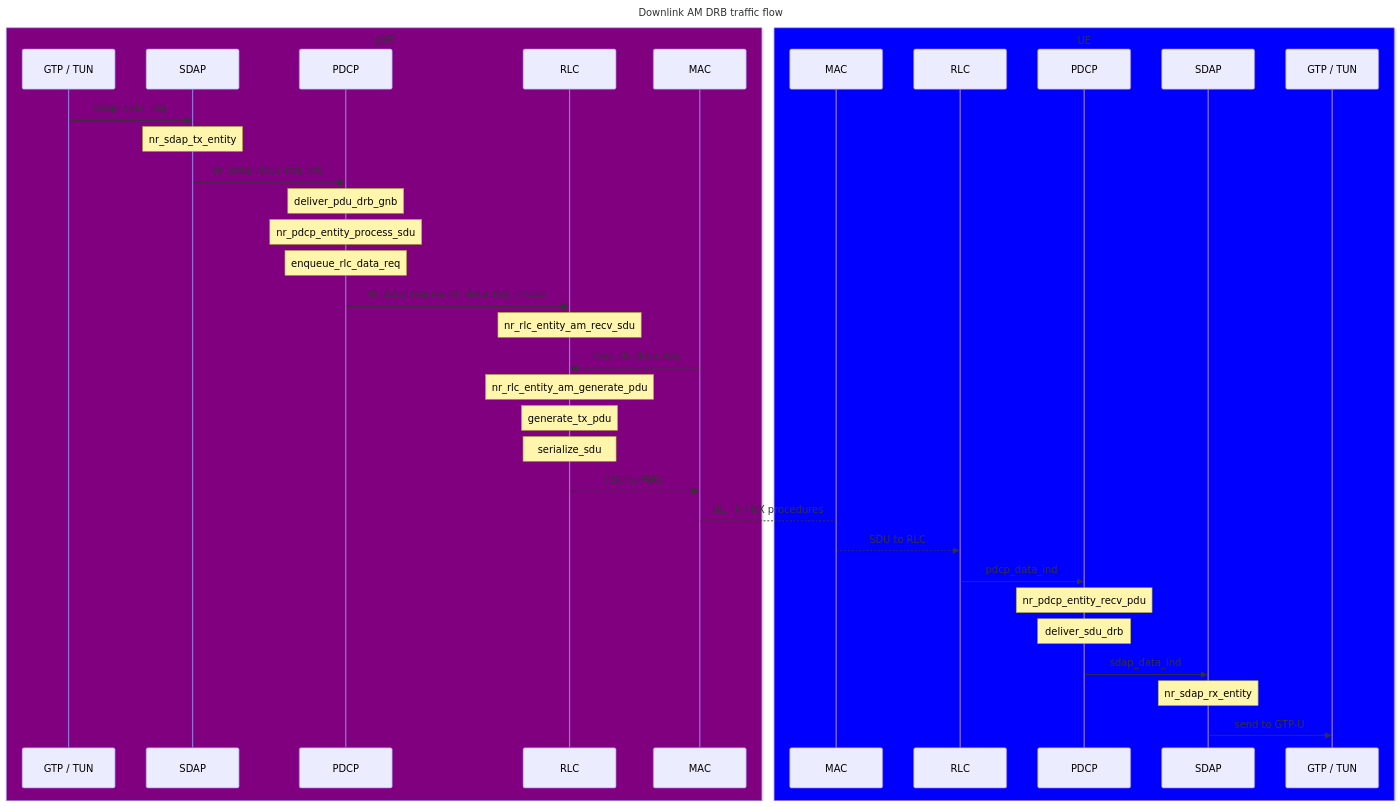
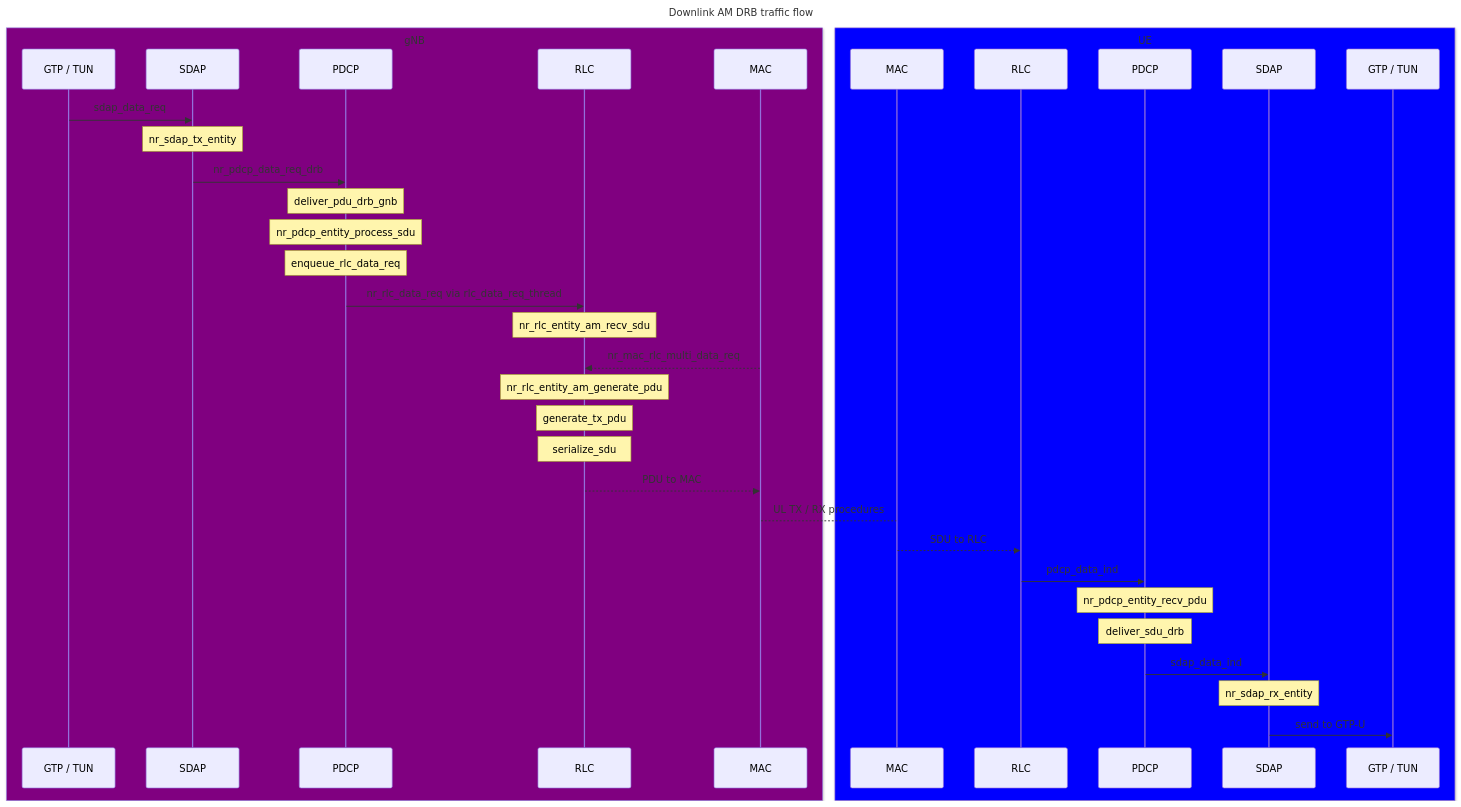
The first of 2 diagrams in doc/SW_archi.md (duranta-project/openairinterface5g), drawn with Mermaid before and after one commit. The commit also changed other lines of this file and 1 other file, not shown here.

````diff
--- a/doc/SW_archi.md
+++ b/doc/SW_archi.md
@@ -333,39 +189,39 @@
 ```mermaid
  sequenceDiagram
     title Downlink AM DRB traffic flow
     box Purple gNB
     participant GG as GTP / TUN
     participant SG as SDAP
     participant PG as PDCP
     participant RG as RLC
     participant MG as MAC
     end
     GG->>SG: sdap_data_req
     note over SG: nr_sdap_tx_entity
     SG->>PG: nr_pdcp_data_req_drb
     note over PG: deliver_pdu_drb_gnb
     note over PG: nr_pdcp_entity_process_sdu
     note over PG: enqueue_rlc_data_req
-    PG->>RG: rlc_data_req via rlc_data_req_thread
+    PG->>RG: nr_rlc_data_req via rlc_data_req_thread
     note over RG: nr_rlc_entity_am_recv_sdu
-    MG-->>RG: mac_rlc_data_req
+    MG-->>RG: nr_mac_rlc_multi_data_req
     note over RG: nr_rlc_entity_am_generate_pdu
     note over RG: generate_tx_pdu
     note over RG: serialize_sdu
     RG-->>MG: PDU to MAC
     MG-->MUE: UL TX / RX procedures
     box Blue UE
     participant MUE as MAC
     participant RUE as RLC
     participant PUE as PDCP
     participant SUE as SDAP
     participant GUE as GTP / TUN
     end
     MUE-->>RUE: SDU to RLC
     RUE->>PUE: pdcp_data_ind
     note over PUE: nr_pdcp_entity_recv_pdu
     note over PUE: deliver_sdu_drb
     PUE->>SUE: sdap_data_ind
     note over SUE: nr_sdap_rx_entity
     SUE->>GUE: send to GTP-U
 ```
````
